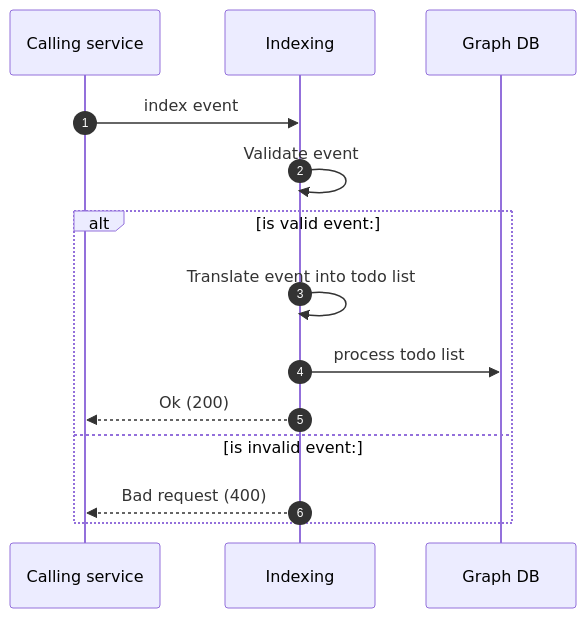
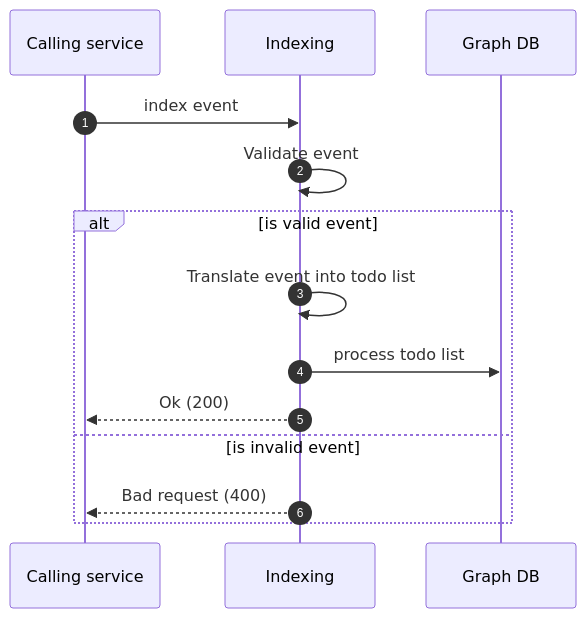
Before and after one commit to HumanBrainProject/kg-core: the diagram in services/kg-indexing/src/main/java/eu/ebrains/kg/indexing/api/indexing.md, drawn with Mermaid. The commit also changed 74 other files, not shown here.

````diff
--- a/services/kg-indexing/src/main/java/eu/ebrains/kg/indexing/api/indexing.md
+++ b/services/kg-indexing/src/main/java/eu/ebrains/kg/indexing/api/indexing.md
@@ -5,13 +5,13 @@
 ```mermaid
 sequenceDiagram   
   autonumber
   Calling service ->> Indexing: index event
   Indexing ->> Indexing: Validate event
-  alt is valid event:
+  alt is valid event
       Indexing ->> Indexing: Translate event into todo list 
       Indexing ->> Graph DB: process todo list
     Indexing -->> Calling service: Ok (200)
-  else is invalid event:
+  else is invalid event
     Indexing -->> Calling service: Bad request (400)
   end
 ```
````
